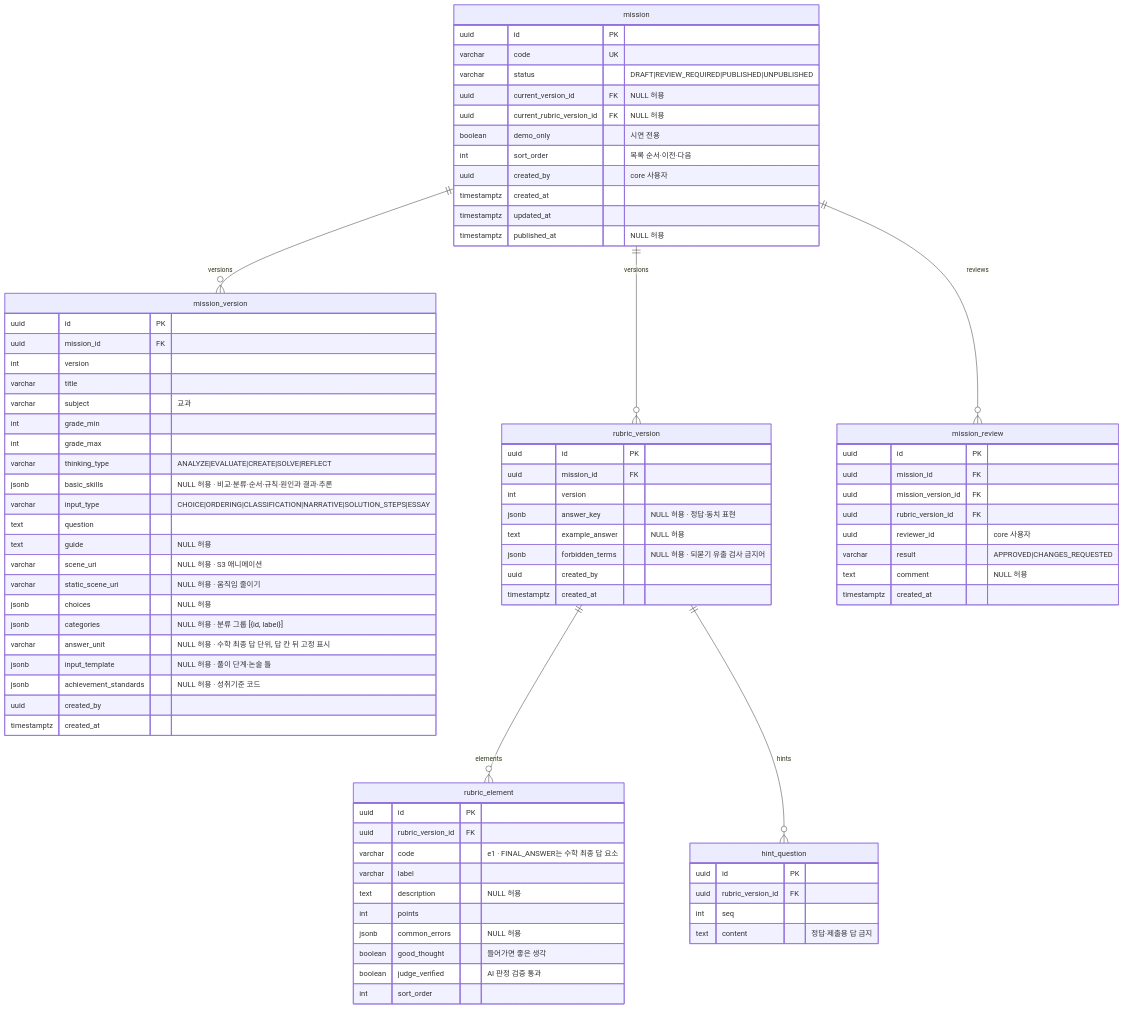
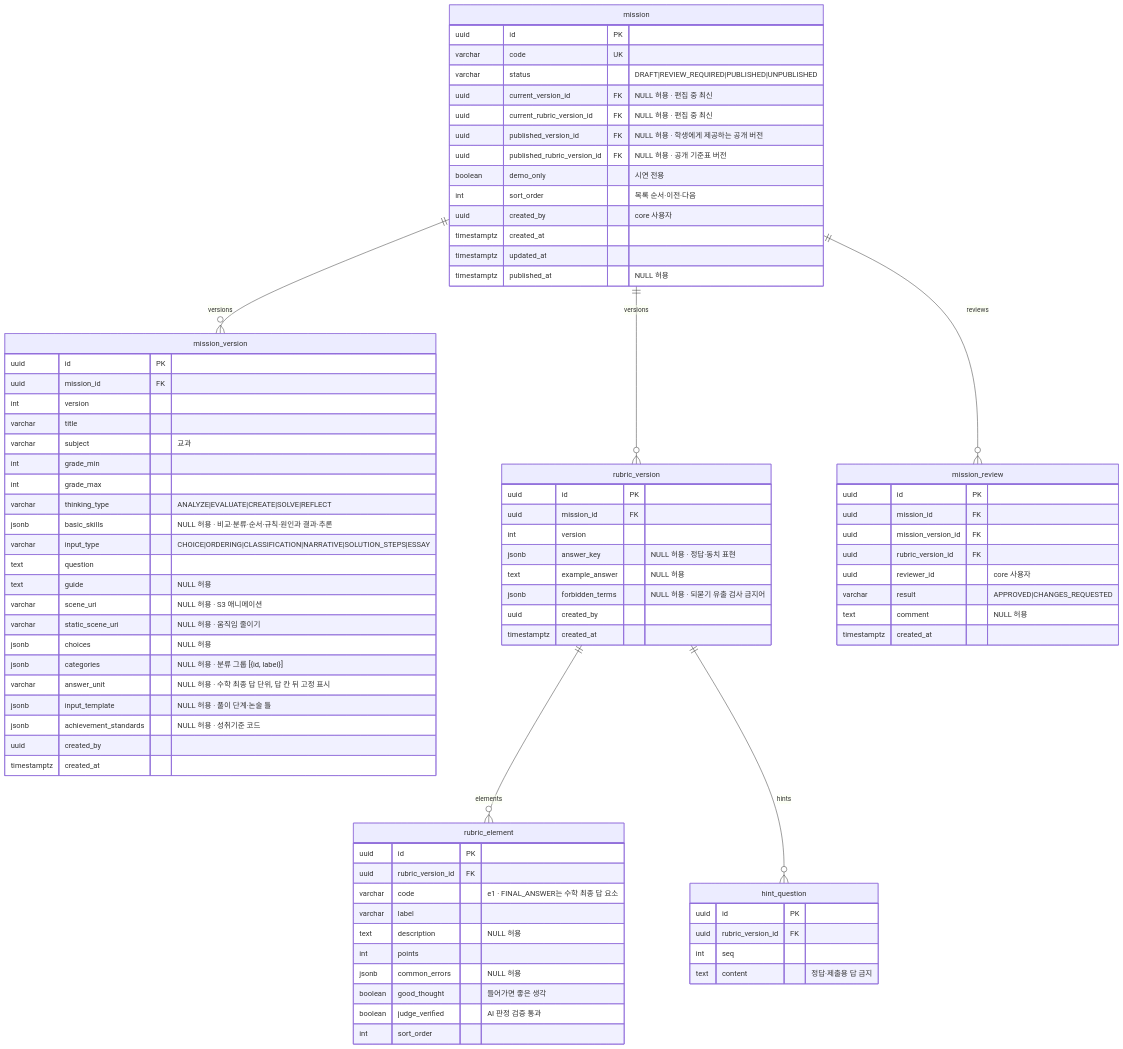
One commit to SKNETWORKS-FAMILY-AICAMP/SKN34-FINAL-3TEAM changed the eighth of 11 diagrams in docs/design/erd.md. Above: the diagram before and after it, drawn with Mermaid. The commit also changed other lines of this file and 3 other files, not shown here.

```diff
--- a/docs/design/erd.md
+++ b/docs/design/erd.md
@@ -688,8 +688,10 @@
     uuid id PK
     varchar code UK
     varchar status "DRAFT|REVIEW_REQUIRED|PUBLISHED|UNPUBLISHED"
-    uuid current_version_id FK "NULL 허용"
-    uuid current_rubric_version_id FK "NULL 허용"
+    uuid current_version_id FK "NULL 허용 · 편집 중 최신"
+    uuid current_rubric_version_id FK "NULL 허용 · 편집 중 최신"
+    uuid published_version_id FK "NULL 허용 · 학생에게 제공하는 공개 버전"
+    uuid published_rubric_version_id FK "NULL 허용 · 공개 기준표 버전"
     boolean demo_only "시연 전용"
     int sort_order "목록 순서·이전·다음"
     uuid created_by "core 사용자"
```
